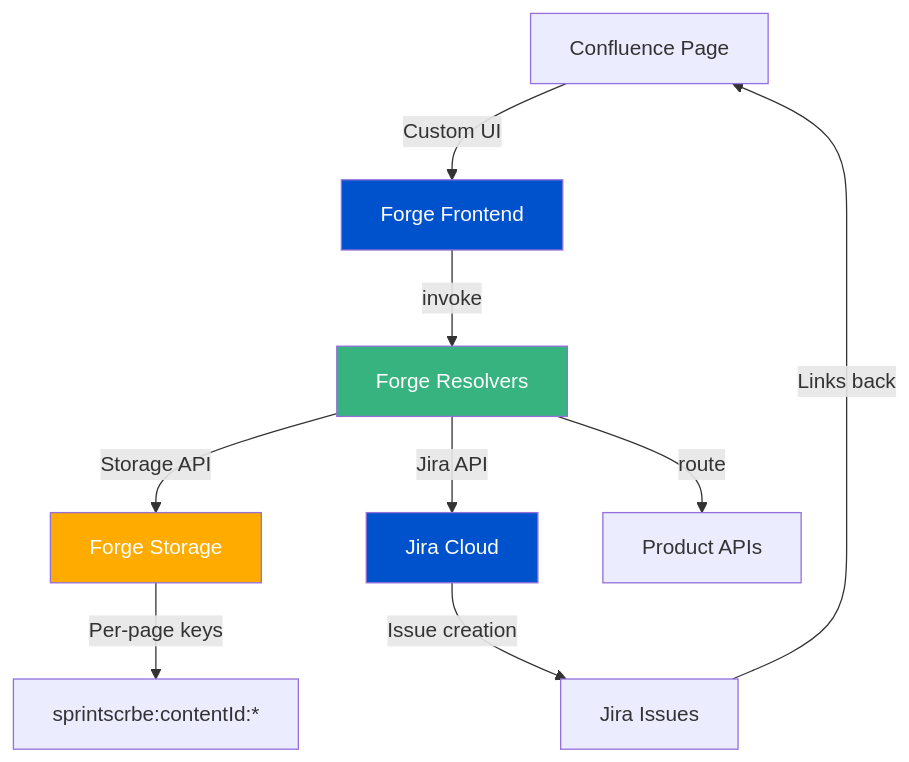
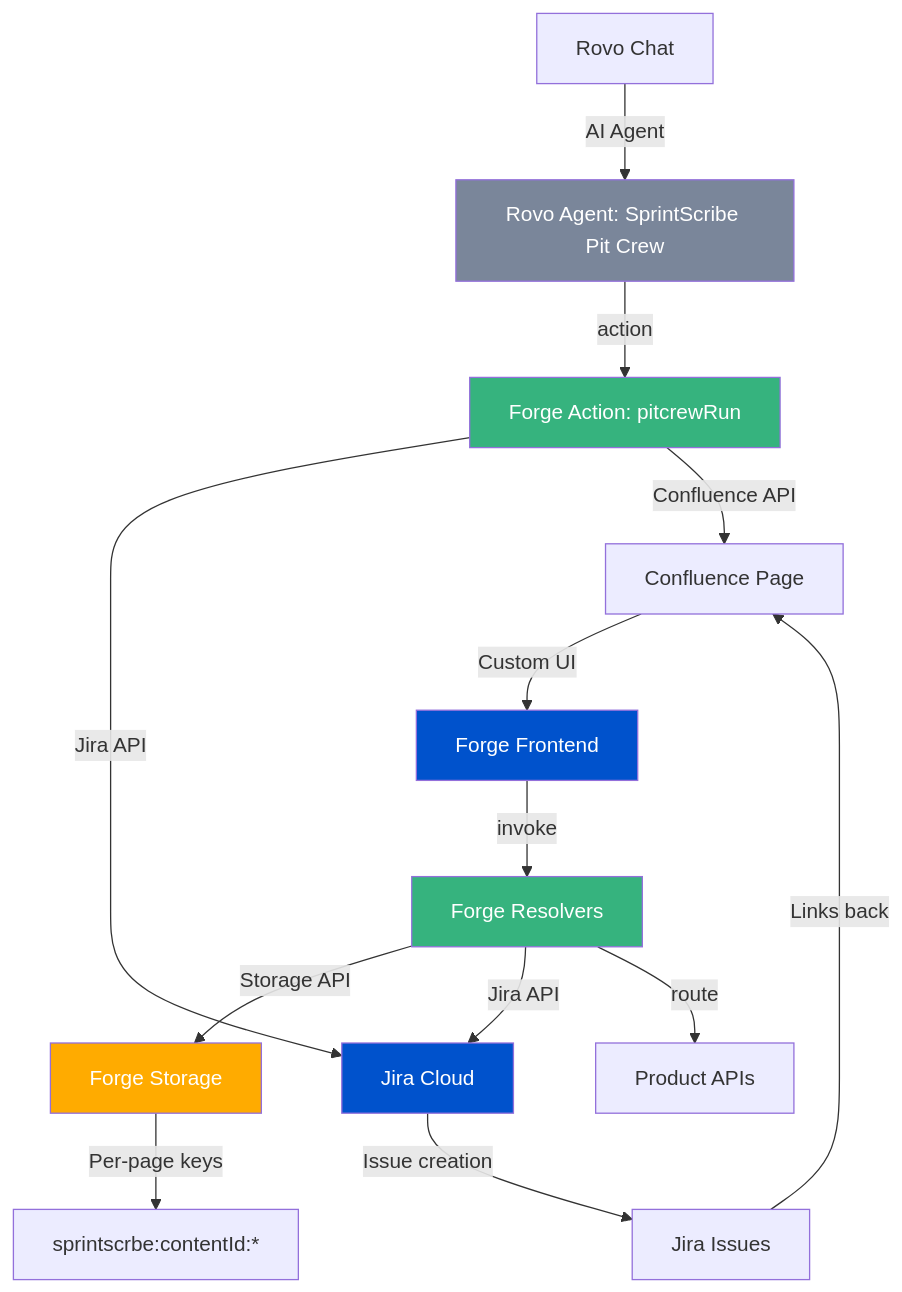
The diagram in README.md (prabhakaran-jm/sprintscrbe-ai), drawn with Mermaid before and after one commit. The commit also changed other lines of this file and 4 other files, not shown here.

First line of the commit message:
Fix Jira issue URL enrichment: normalize site URLs and fetch Confluence space key

````diff
--- a/README.md
+++ b/README.md
@@ -67,17 +67,24 @@
 ```mermaid
 graph TB
     A[Confluence Page] -->|Custom UI| B[Forge Frontend]
     B -->|invoke| C[Forge Resolvers]
     C -->|Storage API| D[Forge Storage]
     C -->|Jira API| E[Jira Cloud]
     C -->|route| F[Product APIs]
     
-    D -->|Per-page keys| G[sprintscrbe:contentId:*]
-    E -->|Issue creation| H[Jira Issues]
-    H -->|Links back| A
+    G[Rovo Chat] -->|AI Agent| H[Rovo Agent: SprintScribe Pit Crew]
+    H -->|action| I[Forge Action: pitcrewRun]
+    I -->|Jira API| E
+    I -->|Confluence API| A
+    
+    D -->|Per-page keys| J[sprintscrbe:contentId:*]
+    E -->|Issue creation| K[Jira Issues]
+    K -->|Links back| A
     
     style B fill:#0052CC,color:#fff
     style C fill:#36B37E,color:#fff
     style D fill:#FFAB00,color:#fff
     style E fill:#0052CC,color:#fff
+    style H fill:#7A869A,color:#fff
+    style I fill:#36B37E,color:#fff
 ```
````
